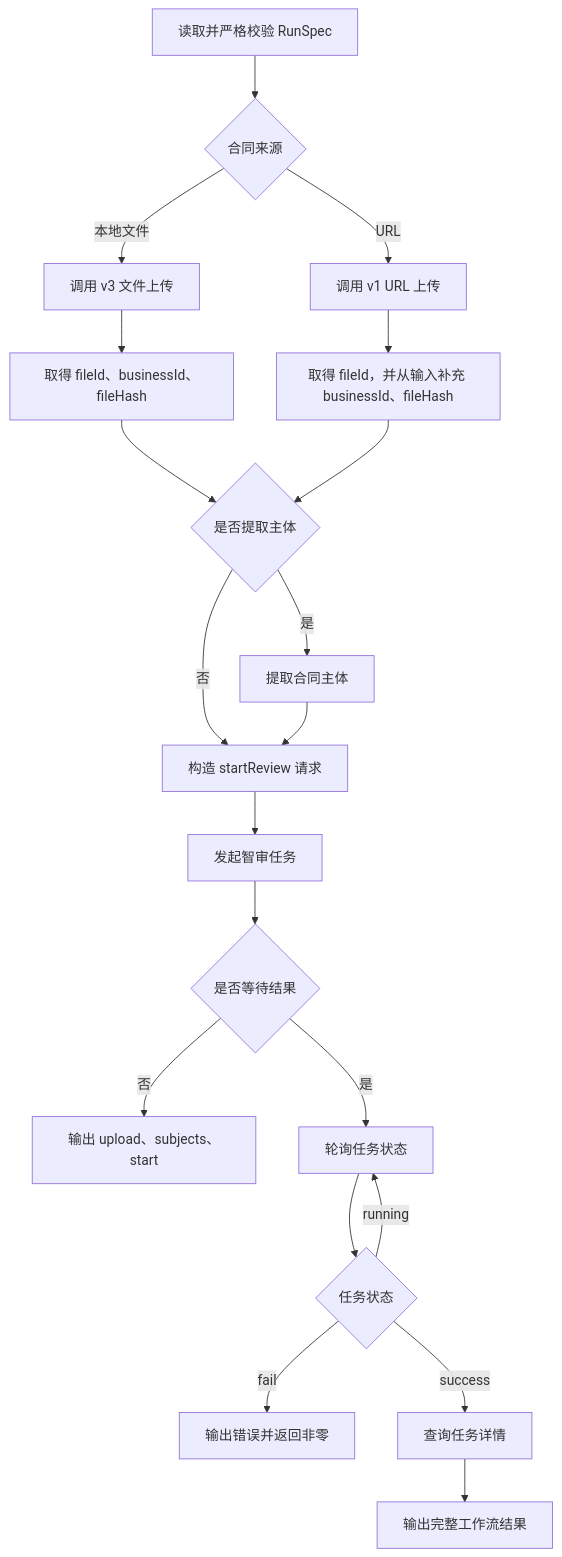
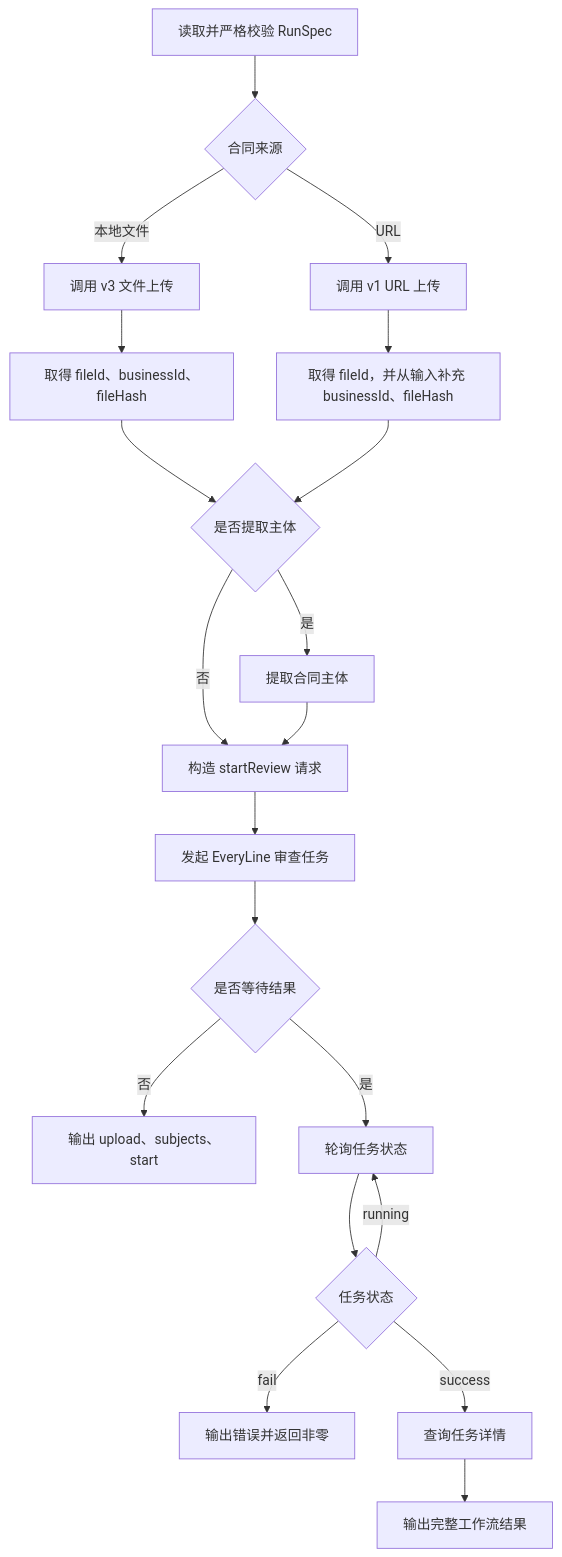
One commit to qfeius/everyline-cli changed the diagram in docs/smart-review-cli-guide.md. Above: the diagram before and after it, drawn with Mermaid. The commit also changed other lines of this file and 25 other files, not shown here.

````diff
--- a/docs/smart-review-cli-guide.md
+++ b/docs/smart-review-cli-guide.md
@@ -267,22 +267,22 @@
 ```mermaid
 flowchart TD
     A[读取并严格校验 RunSpec] --> B{合同来源}
     B -->|本地文件| C[调用 v3 文件上传]
     B -->|URL| D[调用 v1 URL 上传]
     C --> E[取得 fileId、businessId、fileHash]
     D --> F[取得 fileId，并从输入补充 businessId、fileHash]
     E --> G{是否提取主体}
     F --> G
     G -->|是| H[提取合同主体]
     G -->|否| I[构造 startReview 请求]
     H --> I
-    I --> J[发起智审任务]
+    I --> J[发起 EveryLine 审查任务]
     J --> K{是否等待结果}
     K -->|否| L[输出 upload、subjects、start]
     K -->|是| M[轮询任务状态]
     M --> N{任务状态}
     N -->|running| M
     N -->|fail| O[输出错误并返回非零]
     N -->|success| P[查询任务详情]
     P --> Q[输出完整工作流结果]
 ```
````
